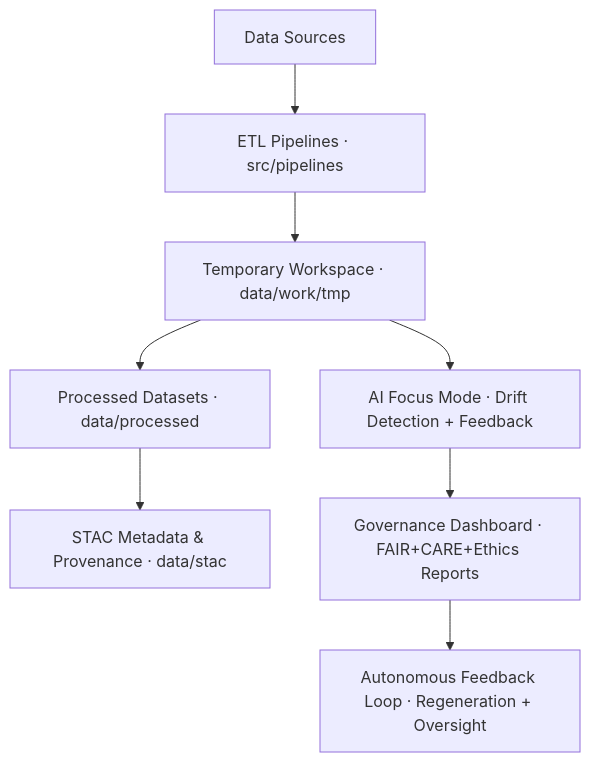
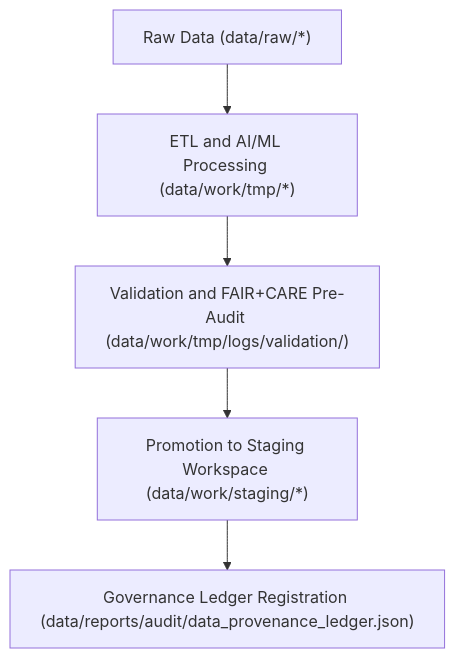
One commit to bartytime4life/Kansas-Frontier-Matrix changed the diagram in data/work/tmp/README.md. Above: the diagram before and after it, drawn with Mermaid. The commit also changed other lines of this file, not shown here.

````diff
--- a/data/work/tmp/README.md
+++ b/data/work/tmp/README.md
@@ -67,10 +81,7 @@
 ```mermaid
-graph TD
-    A[Data Sources] --> B[ETL Pipelines · src/pipelines]
-    B --> C[Temporary Workspace · data/work/tmp]
-    C --> D[Processed Datasets · data/processed]
-    D --> E[STAC Metadata & Provenance · data/stac]
-    C --> F[AI Focus Mode · Drift Detection + Feedback]
-    F --> G[Governance Dashboard · FAIR+CARE+Ethics Reports]
-    G --> H[Autonomous Feedback Loop · Regeneration + Oversight]
+flowchart TD
+    A["Raw Data (data/raw/*)"] --> B["ETL and AI/ML Processing (data/work/tmp/*)"]
+    B --> C["Validation and FAIR+CARE Pre-Audit (data/work/tmp/logs/validation/)"]
+    C --> D["Promotion to Staging Workspace (data/work/staging/*)"]
+    D --> E["Governance Ledger Registration (data/reports/audit/data_provenance_ledger.json)"]
 ```
````
